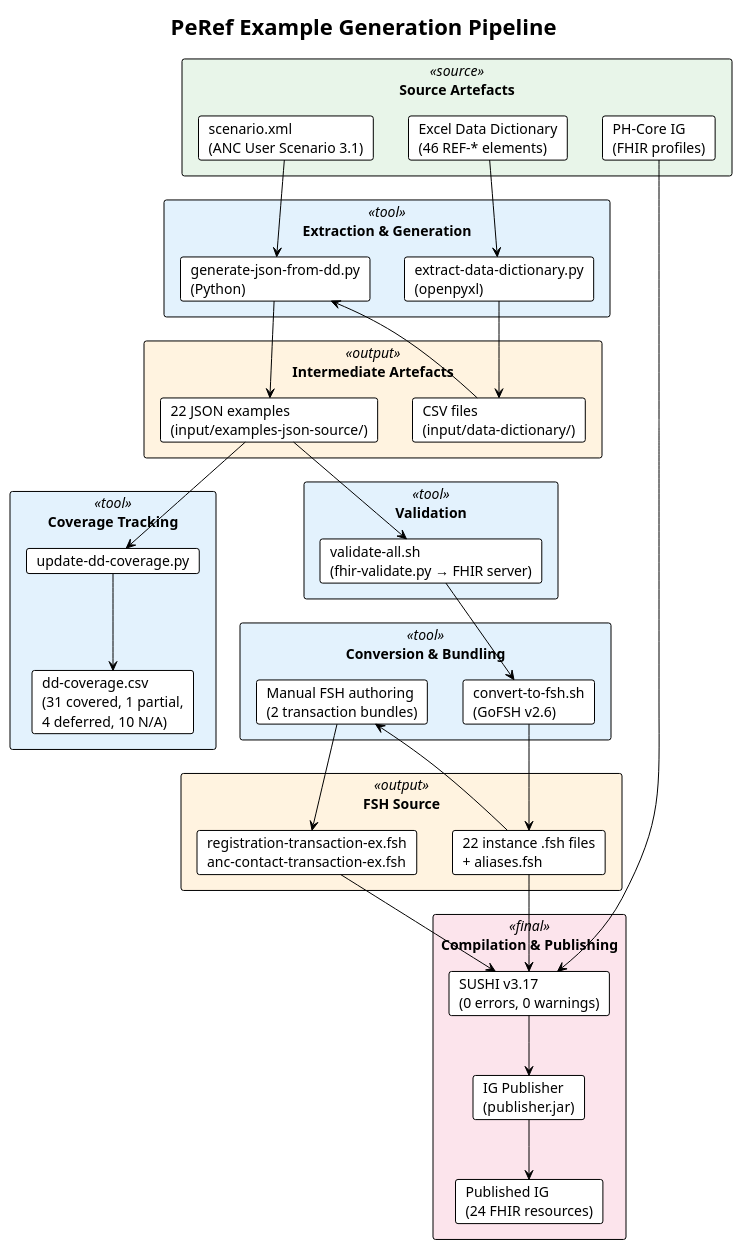
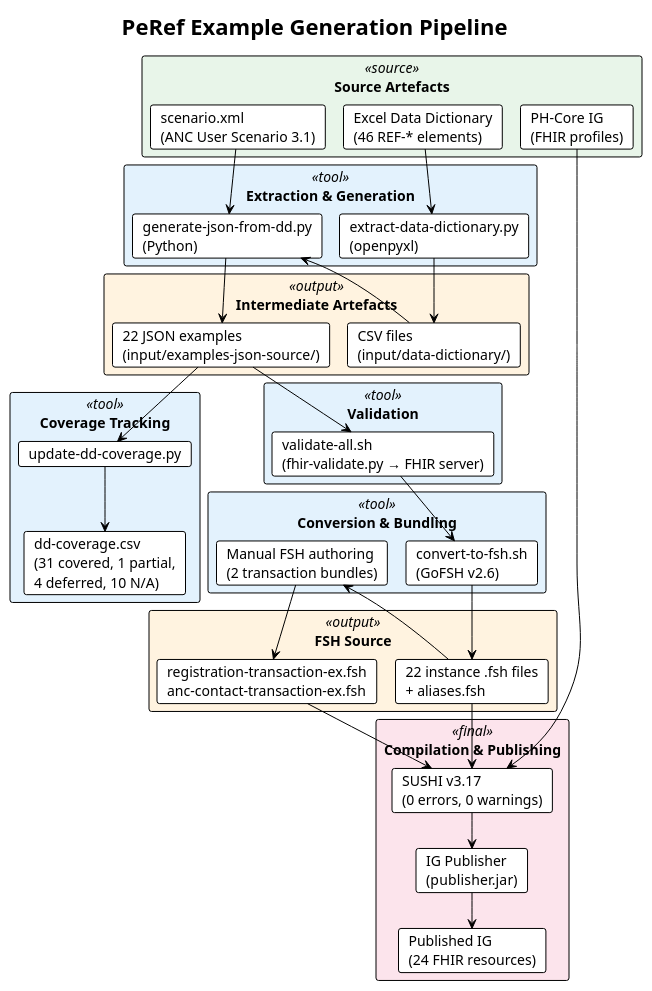
The diagram in input/images-source/pipeline-dataflow.plantuml (jgsuess/ph-ereferral), drawn with PlantUML before and after one commit. The commit also changed 3 other files, not shown here.

First line of the commit message:
fix: use Smetana layout for PlantUML diagrams (no Graphviz needed)

```diff
--- a/input/images-source/pipeline-dataflow.plantuml
+++ b/input/images-source/pipeline-dataflow.plantuml
@@ -1,72 +1,73 @@
 @startuml pipeline-dataflow
+!pragma layout smetana
 !theme plain
 title PeRef Example Generation Pipeline
 
 skinparam rectangle {
   BackgroundColor<<source>> #E8F5E9
   BackgroundColor<<tool>> #E3F2FD
   BackgroundColor<<output>> #FFF3E0
   BackgroundColor<<final>> #FCE4EC
 }
 
 rectangle "**Source Artefacts**" <<source>> {
   card "Excel Data Dictionary\n(46 REF-* elements)" as DD
   card "scenario.xml\n(ANC User Scenario 3.1)" as SC
   card "PH-Core IG\n(FHIR profiles)" as PHC
 }
 
 rectangle "**Extraction & Generation**" <<tool>> {
   card "extract-data-dictionary.py\n(openpyxl)" as EXT
   card "generate-json-from-dd.py\n(Python)" as GEN
 }
 
 rectangle "**Intermediate Artefacts**" <<output>> {
   card "CSV files\n(input/data-dictionary/)" as CSV
   card "22 JSON examples\n(input/examples-json-source/)" as JSON
 }
 
 rectangle "**Validation**" <<tool>> {
   card "validate-all.sh\n(fhir-validate.py → FHIR server)" as VAL
 }
 
 rectangle "**Conversion & Bundling**" <<tool>> {
   card "convert-to-fsh.sh\n(GoFSH v2.6)" as GOFSH
   card "Manual FSH authoring\n(2 transaction bundles)" as BUNDLE
 }
 
 rectangle "**FSH Source**" <<output>> {
   card "22 instance .fsh files\n+ aliases.fsh" as FSH_INST
   card "registration-transaction-ex.fsh\nanc-contact-transaction-ex.fsh" as FSH_BUND
 }
 
 rectangle "**Compilation & Publishing**" <<final>> {
   card "SUSHI v3.17\n(0 errors, 0 warnings)" as SUSHI
   card "IG Publisher\n(publisher.jar)" as PUB
   card "Published IG\n(24 FHIR resources)" as IG
 }
 
 rectangle "**Coverage Tracking**" <<tool>> {
   card "update-dd-coverage.py" as COV
   card "dd-coverage.csv\n(31 covered, 1 partial,\n4 deferred, 10 N/A)" as COVRPT
 }
 
 DD --> EXT
 EXT --> CSV
 CSV --> GEN
 SC --> GEN
 GEN --> JSON
 JSON --> VAL
 VAL --> GOFSH
 GOFSH --> FSH_INST
 FSH_INST --> BUNDLE
 BUNDLE --> FSH_BUND
 FSH_INST --> SUSHI
 FSH_BUND --> SUSHI
 PHC --> SUSHI
 SUSHI --> PUB
 PUB --> IG
 
 JSON --> COV
 COV --> COVRPT
 
 @enduml
```
